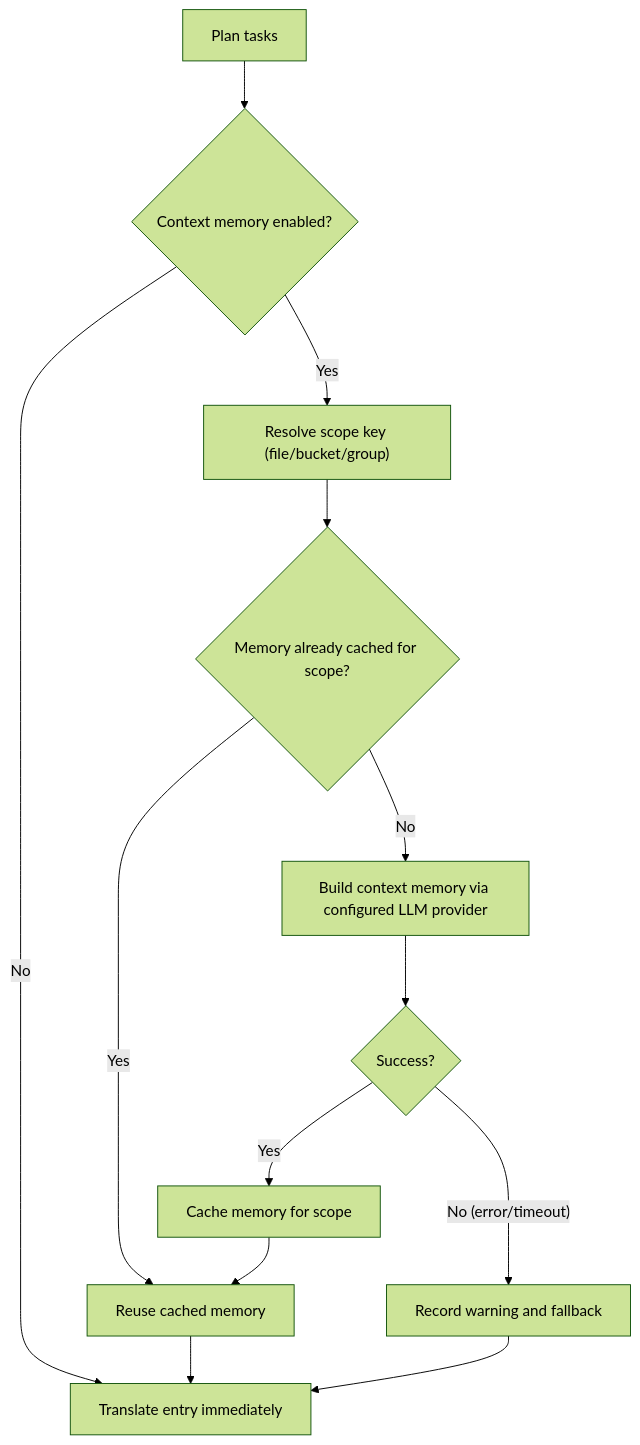
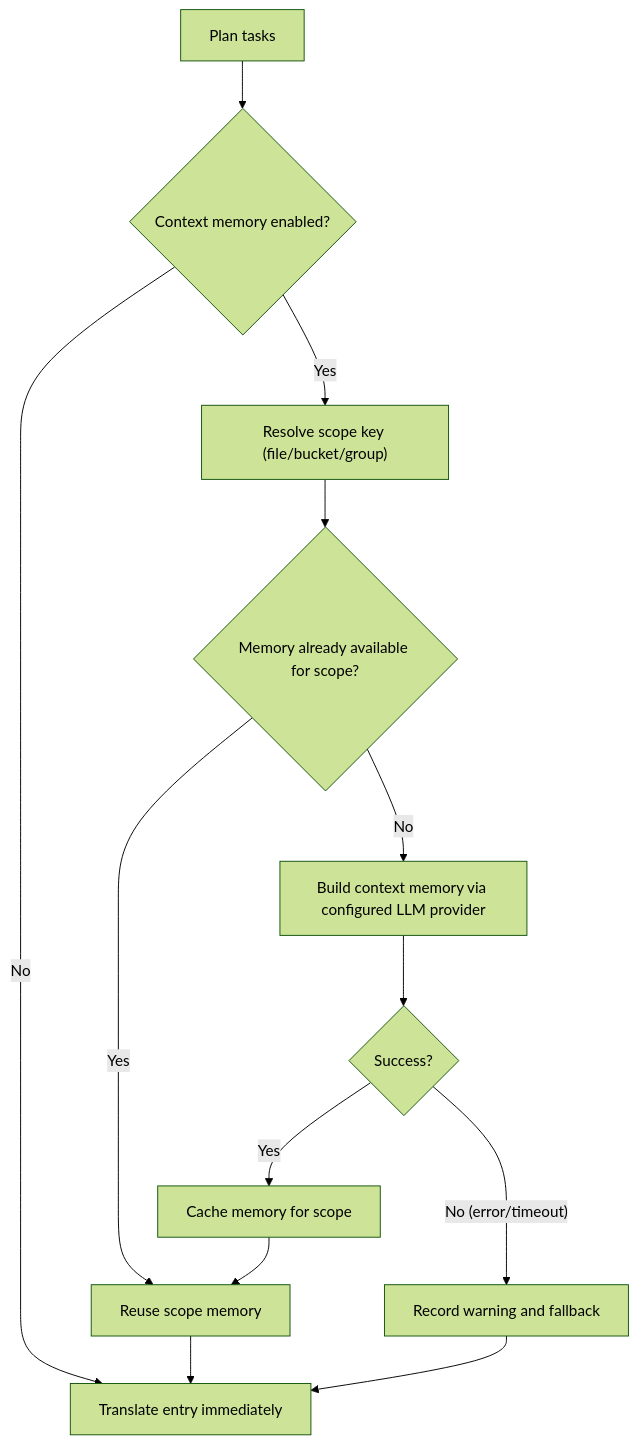
The diagram in docs/commands/run.mdx (hyperlocalise/hyperlocalise), drawn with Mermaid (forest theme) before and after one commit. The commit also changed other lines of this file and 32 other files, not shown here.

````diff
--- a/docs/commands/run.mdx
+++ b/docs/commands/run.mdx
@@ -118,15 +118,15 @@
 ```mermaid
 flowchart TD
     A["Plan tasks"] --> B{"Context memory enabled?"}
     B -- "No" --> T["Translate entry immediately"]
     B -- "Yes" --> C["Resolve scope key (file/bucket/group)"]
-    C --> D{"Memory already cached for scope?"}
-    D -- "Yes" --> E["Reuse cached memory"]
+    C --> D{"Memory already available for scope?"}
+    D -- "Yes" --> E["Reuse scope memory"]
     D -- "No" --> F["Build context memory via configured LLM provider"]
     F --> G{"Success?"}
     G -- "Yes" --> H["Cache memory for scope"]
     G -- "No (error/timeout)" --> I["Record warning and fallback"]
     H --> E
     E --> T
     I --> T
 ```
````
